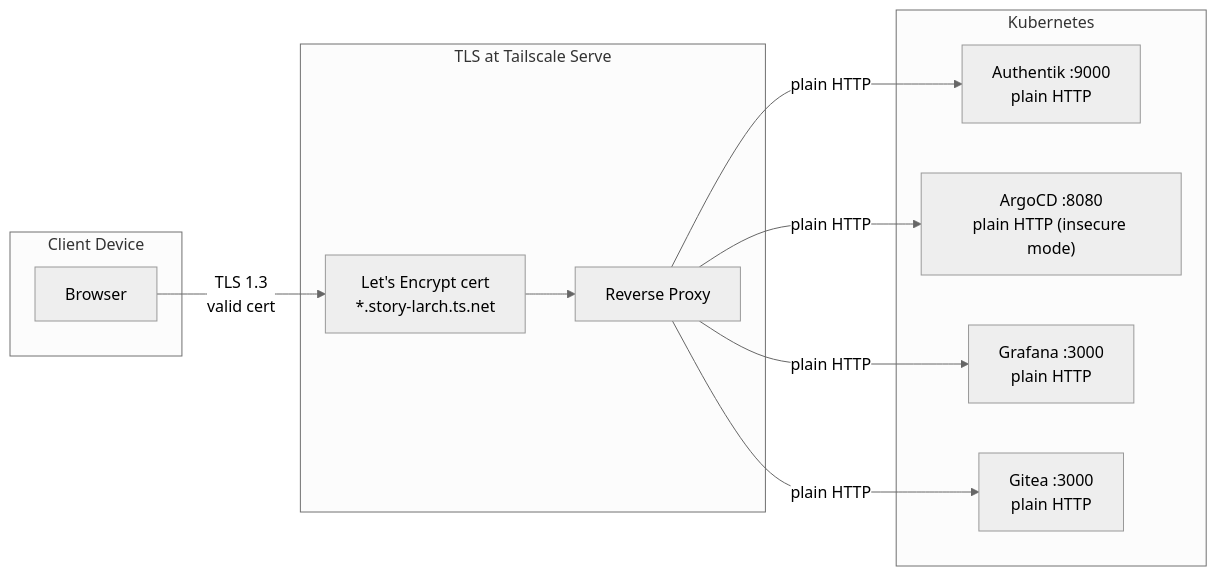
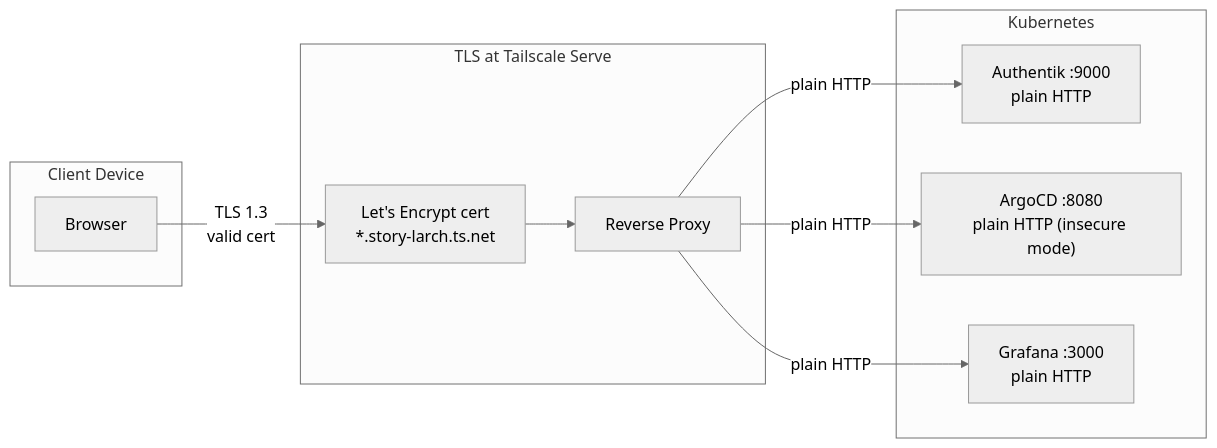
Before and after one commit to haingth77/homelab: the third of 4 diagrams in docs/networking.md, drawn with Mermaid (neutral theme). The commit also changed other lines of this file and 38 other files, not shown here.

````diff
--- a/docs/networking.md
+++ b/docs/networking.md
@@ -143,25 +132,23 @@
 ```mermaid
 flowchart LR
     subgraph client["Client Device"]
         Browser["Browser"]
     end
 
     subgraph tls["TLS at Tailscale Serve"]
         Cert["Let's Encrypt cert\n*.story-larch.ts.net"]
         Proxy["Reverse Proxy"]
     end
 
     subgraph k8s["Kubernetes"]
         Authentik["Authentik :9000\nplain HTTP"]
         ArgoCD["ArgoCD :8080\nplain HTTP (insecure mode)"]
         Grafana["Grafana :3000\nplain HTTP"]
-        Gitea["Gitea :3000\nplain HTTP"]
     end
 
     Browser -- "TLS 1.3\nvalid cert" --> Cert
     Cert --> Proxy
     Proxy -- "plain HTTP" --> Authentik
     Proxy -- "plain HTTP" --> ArgoCD
     Proxy -- "plain HTTP" --> Grafana
-    Proxy -- "plain HTTP" --> Gitea
 ```
````
